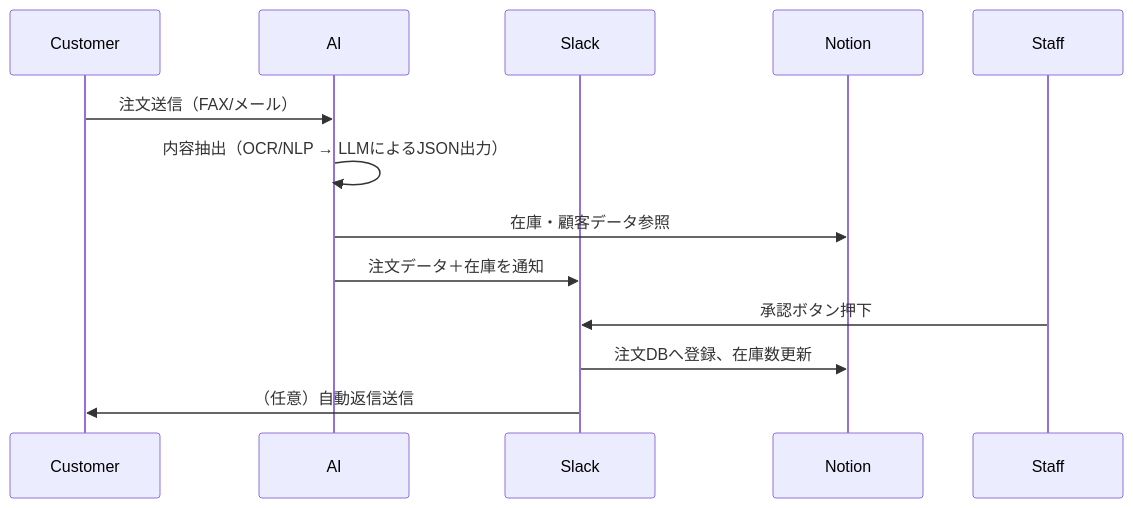
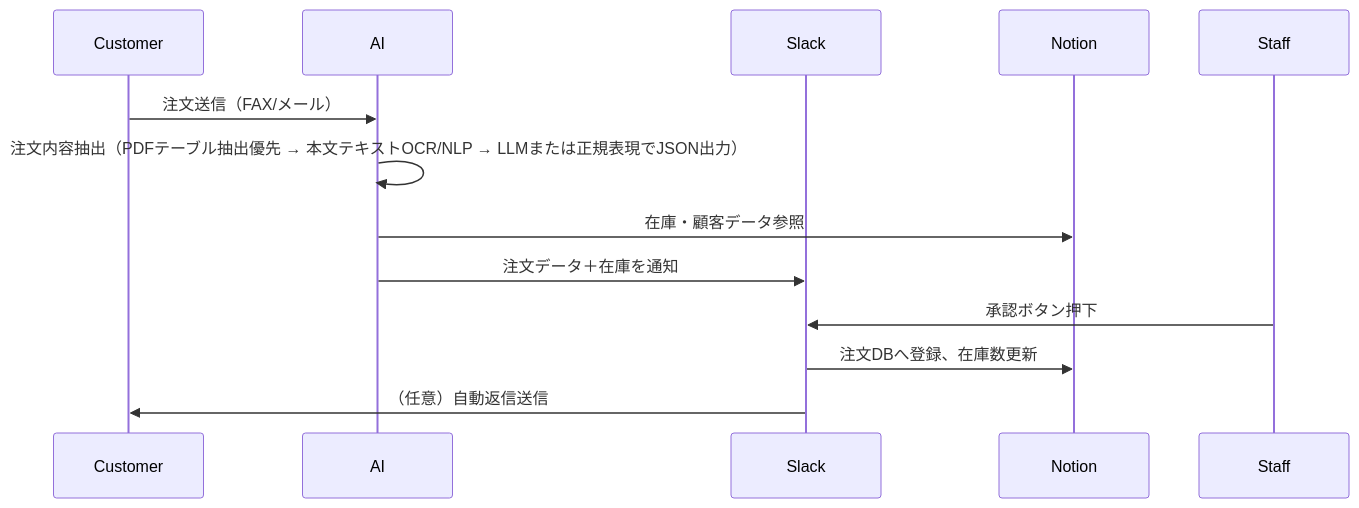
Before and after one commit to tanipaint/order-processing: the diagram in order_processing_spec.md, drawn with Mermaid. The commit also changed 3 other files, not shown here.

````diff
--- a/order_processing_spec.md
+++ b/order_processing_spec.md
@@ -26,16 +26,16 @@
 ```mermaid
 sequenceDiagram
     participant Customer
     participant AI
     participant Slack
     participant Notion
     participant Staff
 
     Customer->>AI: 注文送信（FAX/メール）
-    AI->>AI: 内容抽出（OCR/NLP → LLMによるJSON出力）
+    AI->>AI: 注文内容抽出（PDFテーブル抽出優先 → 本文テキストOCR/NLP → LLMまたは正規表現でJSON出力）
     AI->>Notion: 在庫・顧客データ参照
     AI->>Slack: 注文データ＋在庫を通知
     Staff->>Slack: 承認ボタン押下
     Slack->>Notion: 注文DBへ登録、在庫数更新
     Slack->>Customer: （任意）自動返信送信
 ```
````
